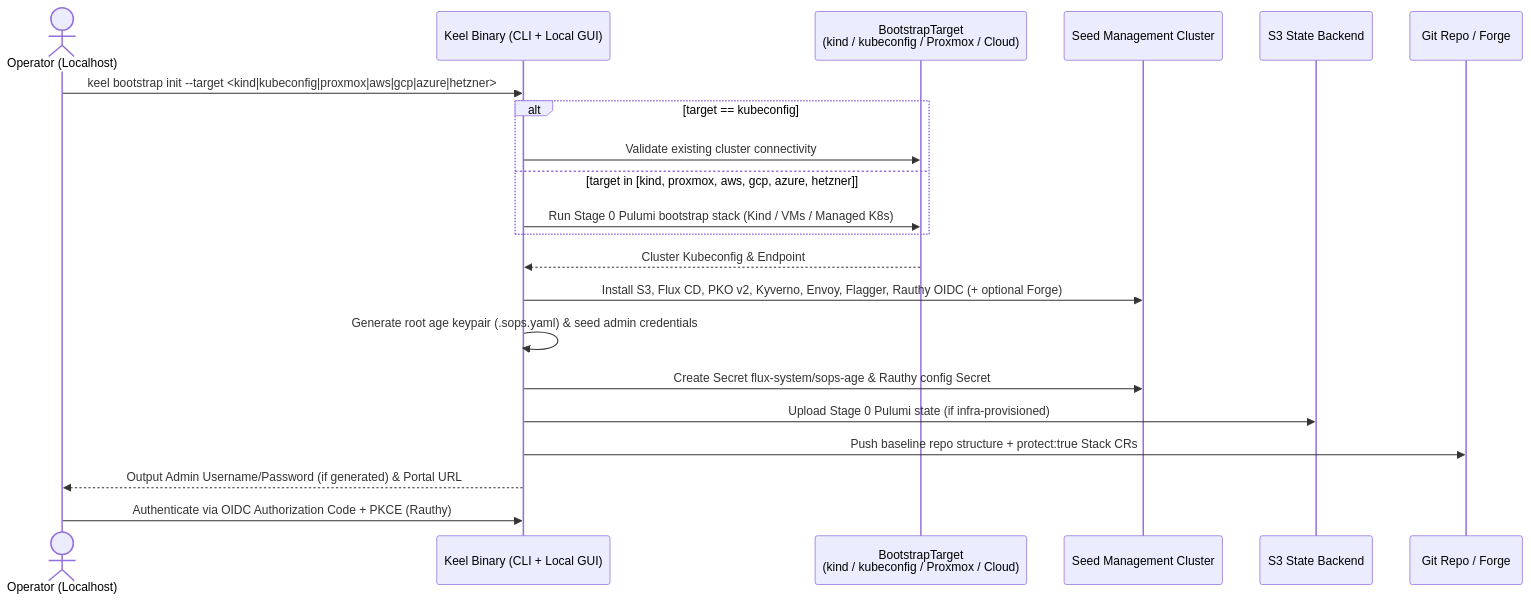
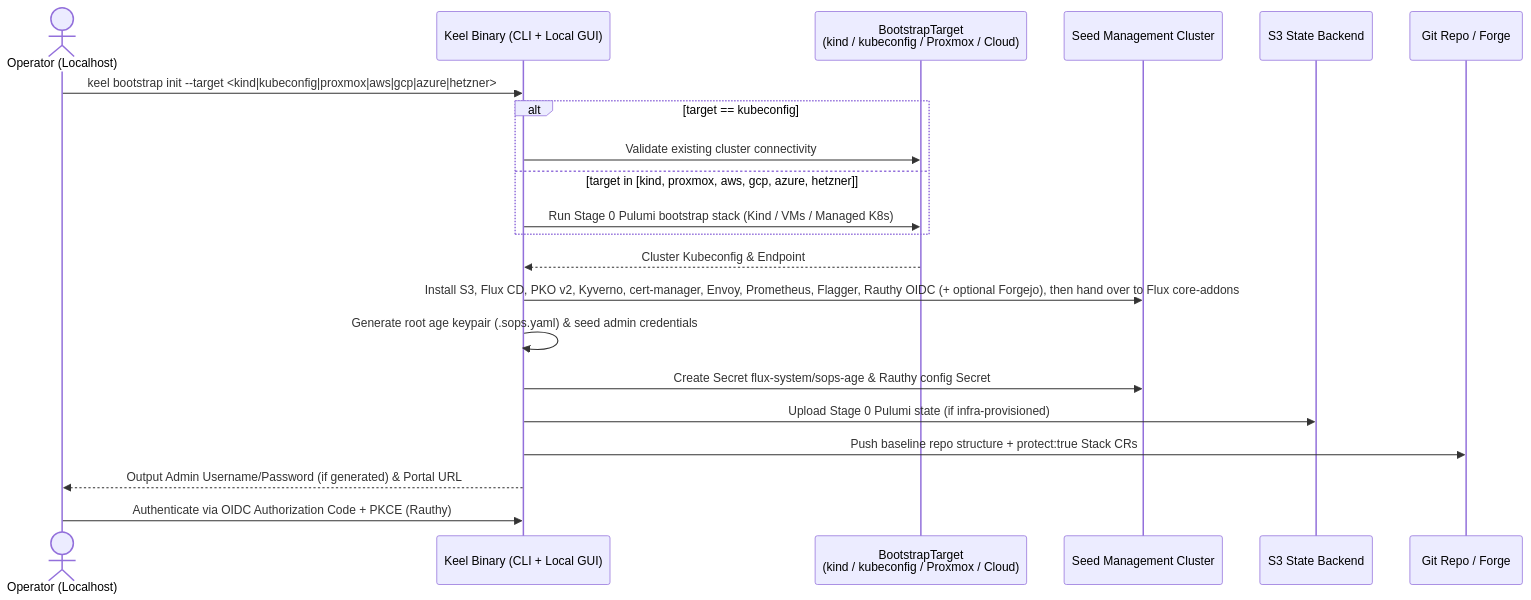
One commit to rdylanwalker/keel changed the second of 5 diagrams in SDD.md. Above: the diagram before and after it, drawn with Mermaid. The commit also changed other lines of this file and 8 other files, not shown here.

First line of the commit message:
docs: refresh cli reference and add-on docs for flux-managed control plane

````diff
--- a/SDD.md
+++ b/SDD.md
@@ -114,24 +114,24 @@
 ```mermaid
 sequenceDiagram
     actor Op as Operator (Localhost)
     participant CLI as Keel Binary (CLI + Local GUI)
     participant Target as BootstrapTarget<br/>(kind / kubeconfig / Proxmox / Cloud)
     participant K8S as Seed Management Cluster
     participant S3 as S3 State Backend
     participant Git as Git Repo / Forge
 
     Op->>CLI: keel bootstrap init --target <kind|kubeconfig|proxmox|aws|gcp|azure|hetzner>
     alt target == kubeconfig
         CLI->>Target: Validate existing cluster connectivity
     else target in [kind, proxmox, aws, gcp, azure, hetzner]
         CLI->>Target: Run Stage 0 Pulumi bootstrap stack (Kind / VMs / Managed K8s)
     end
     Target-->>CLI: Cluster Kubeconfig & Endpoint
-    CLI->>K8S: Install S3, Flux CD, PKO v2, Kyverno, Envoy, Flagger, Rauthy OIDC (+ optional Forge)
+    CLI->>K8S: Install S3, Flux CD, PKO v2, Kyverno, cert-manager, Envoy, Prometheus, Flagger, Rauthy OIDC (+ optional Forgejo), then hand over to Flux core-addons
     CLI->>CLI: Generate root age keypair (.sops.yaml) & seed admin credentials
     CLI->>K8S: Create Secret flux-system/sops-age & Rauthy config Secret
     CLI->>S3: Upload Stage 0 Pulumi state (if infra-provisioned)
     CLI->>Git: Push baseline repo structure + protect:true Stack CRs
     CLI-->>Op: Output Admin Username/Password (if generated) & Portal URL
     Op->>CLI: Authenticate via OIDC Authorization Code + PKCE (Rauthy)
 ```
````
